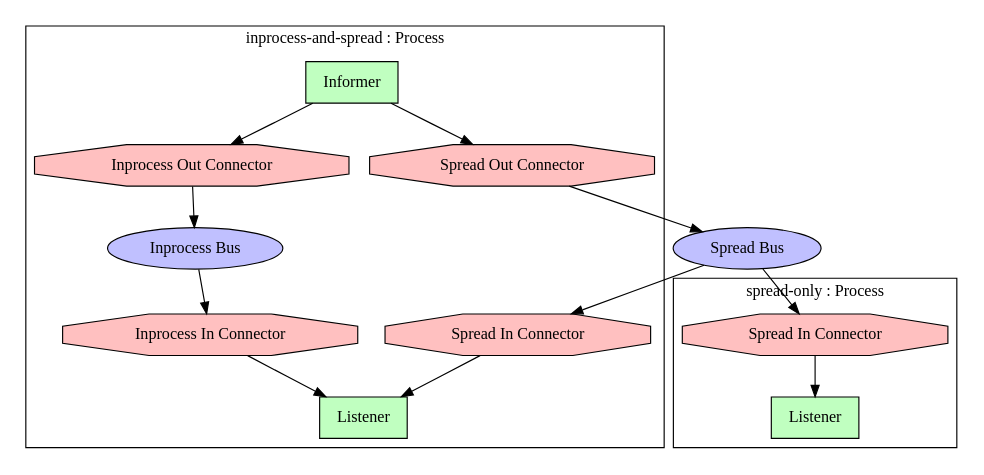
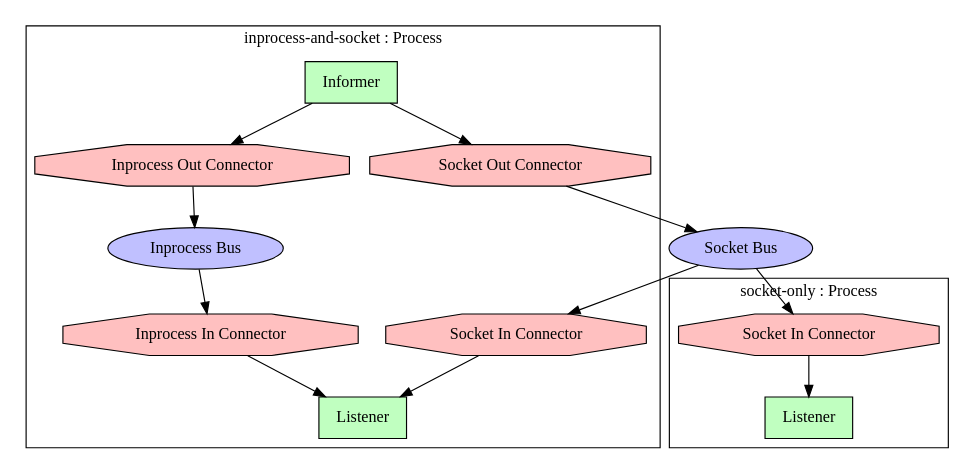
One commit to open-rsx/rsb-manual changed the diagram in specification-inter-transport-communication.rst. Above: the diagram before and after it, drawn with Graphviz. The commit also changed other lines of this file and 1 other file, not shown here.

First line of the commit message:
Changed Spread -> socket in specification-inter-transport-communication.rst

```diff
--- a/specification-inter-transport-communication.rst
+++ b/specification-inter-transport-communication.rst
@@ -34,41 +20,41 @@
 .. digraph:: interTransport
 
    resolution=60
 
-   subgraph clusterInprocessAndSpread {
-     label="inprocess-and-spread : Process"
+   subgraph clusterInprocessAndSocket {
+     label="inprocess-and-socket : Process"
 
      l1 [label="Listener", shape=box, style=filled, fillcolor="#c0ffc0"]
-     sic1 [label="Spread In Connector", shape=octagon, style=filled, fillcolor="#ffc0c0"]
+     sic1 [label="Socket In Connector", shape=octagon, style=filled, fillcolor="#ffc0c0"]
      iic1 [label="Inprocess In Connector", shape=octagon, style=filled, fillcolor="#ffc0c0"]
 
      sic1 -> l1
      iic1 -> l1
 
      i1 [label="Informer", shape=box, style=filled, fillcolor="#c0ffc0"]
-     soc1 [label="Spread Out Connector", shape=octagon, style=filled, fillcolor="#ffc0c0"]
+     soc1 [label="Socket Out Connector", shape=octagon, style=filled, fillcolor="#ffc0c0"]
      ioc1 [label="Inprocess Out Connector", shape=octagon, style=filled, fillcolor="#ffc0c0"]
 
      i1 -> soc1
      i1 -> ioc1
 
      ib [label="Inprocess Bus", shape=ellipse, style=filled, fillcolor="#c0c0ff"]
 
      ib -> iic1
      ioc1 -> ib
    }
 
-   subgraph clusterSpreadOnly {
-     label="spread-only : Process"
+   subgraph clusterSocketOnly {
+     label="socket-only : Process"
 
      l2 [label="Listener", shape=box, style=filled, fillcolor="#c0ffc0"]
-     sic2 [label="Spread In Connector", shape=octagon, style=filled, fillcolor="#ffc0c0"]
+     sic2 [label="Socket In Connector", shape=octagon, style=filled, fillcolor="#ffc0c0"]
 
      sic2 -> l2
    }
 
-   sb [label="Spread Bus", shape=ellipse, style=filled, fillcolor="#c0c0ff"]
+   sb [label="Socket Bus", shape=ellipse, style=filled, fillcolor="#c0c0ff"]
 
    sb -> sic1
    soc1 -> sb
    sb -> sic2
```
